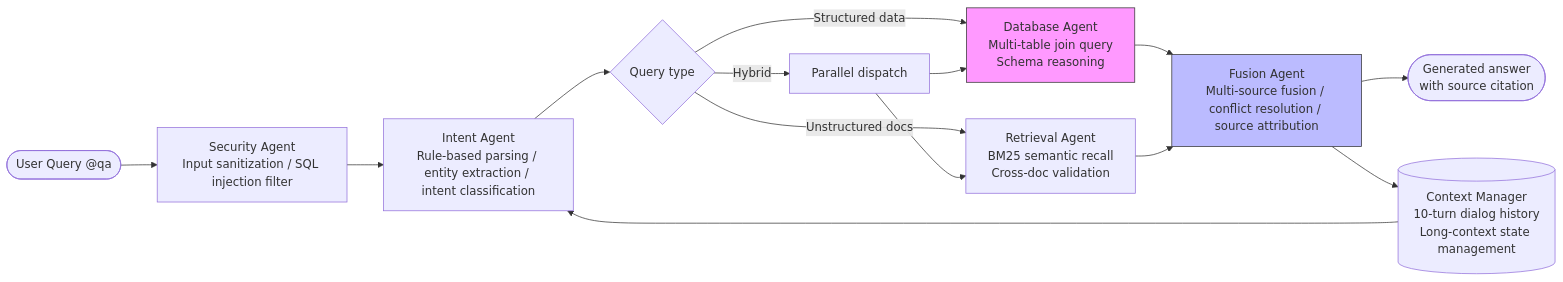
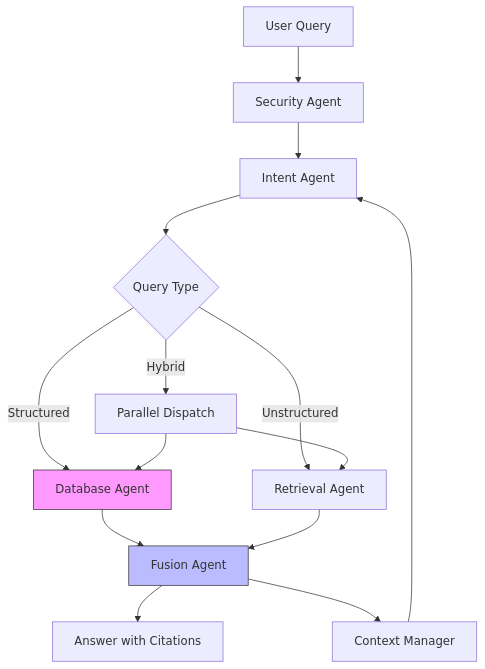
The diagram in README.md (Zoe2zz/enterprise-qa), drawn with Mermaid before and after one commit.

Commit message:
fix: simplify Mermaid diagram syntax for GitHub renderer

````diff
--- a/README.md
+++ b/README.md
@@ -11,18 +11,18 @@
 ```mermaid
-graph LR
-    U([User Query @qa]) --> S[Security Agent<br/>Input sanitization / SQL injection filter]
-    S --> I[Intent Agent<br/>Rule-based parsing / entity extraction / intent classification]
-    I --> C{Query type}
-    C -->|Structured data| D[Database Agent<br/>Multi-table join query<br/>Schema reasoning]
-    C -->|Unstructured docs| R[Retrieval Agent<br/>BM25 semantic recall<br/>Cross-doc validation]
-    C -->|Hybrid| M[Parallel dispatch]
+graph TD
+    U[User Query] --> S[Security Agent]
+    S --> I[Intent Agent]
+    I --> C{Query Type}
+    C -->|Structured| D[Database Agent]
+    C -->|Unstructured| R[Retrieval Agent]
+    C -->|Hybrid| M[Parallel Dispatch]
     M --> D
     M --> R
-    D --> F[Fusion Agent<br/>Multi-source fusion / conflict resolution / source attribution]
+    D --> F[Fusion Agent]
     R --> F
-    F --> O([Generated answer<br/>with source citation])
-    F --> H[(Context Manager<br/>10-turn dialog history<br/>Long-context state management)]
+    F --> O[Answer with Citations]
+    F --> H[Context Manager]
     H --> I
     style D fill:#f9f,stroke:#333
     style F fill:#bbf,stroke:#333
 ```
````
